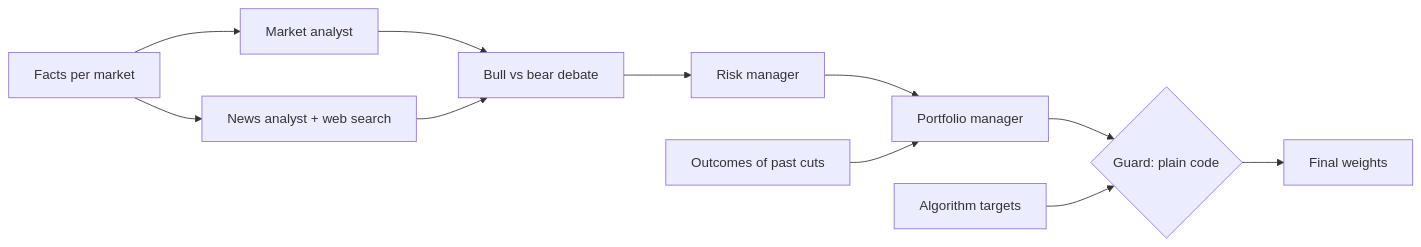
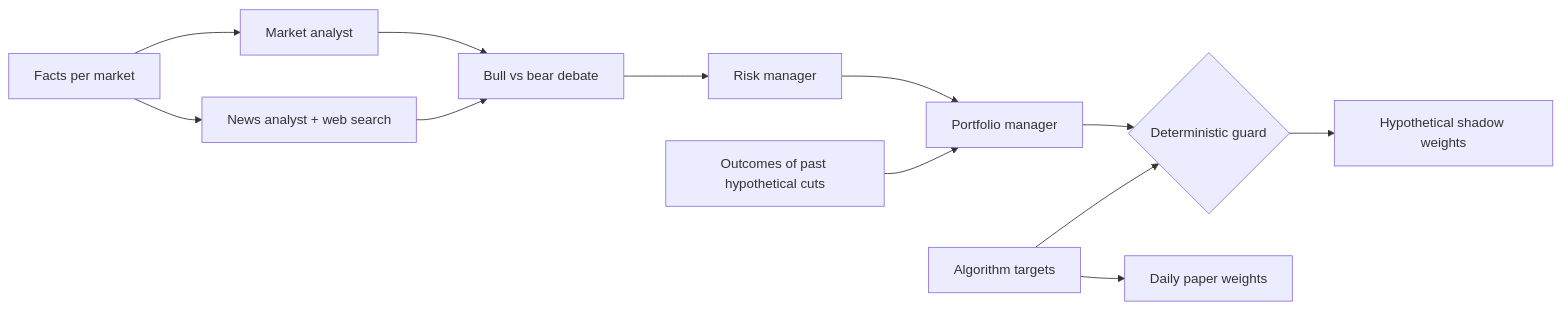
One commit to aylinunel/aylintrade changed the diagram in docs/methodology.md. Above: the diagram before and after it, drawn with Mermaid. The commit also changed other lines of this file and 50 other files, not shown here.

````diff
--- a/docs/methodology.md
+++ b/docs/methodology.md
@@ -52,13 +44,14 @@
 ```mermaid
 flowchart LR
     F[Facts per market] --> MA[Market analyst]
     F --> NA[News analyst + web search]
     MA --> D[Bull vs bear debate]
     NA --> D
     D --> R[Risk manager]
     R --> PM[Portfolio manager]
-    L[Outcomes of past cuts] --> PM
-    PM --> G{Guard: plain code}
+    L[Outcomes of past hypothetical cuts] --> PM
+    PM --> G{Deterministic guard}
     T[Algorithm targets] --> G
-    G --> W[Final weights]
+    G --> H[Hypothetical shadow weights]
+    T --> W[Daily paper weights]
 ```
````
